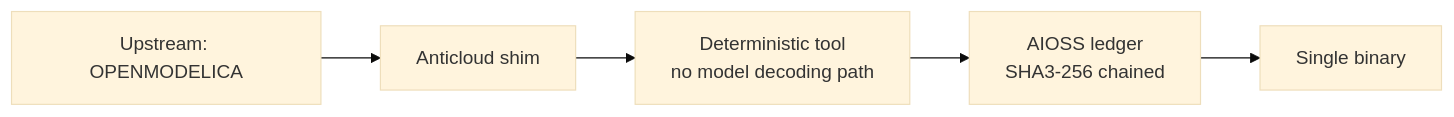
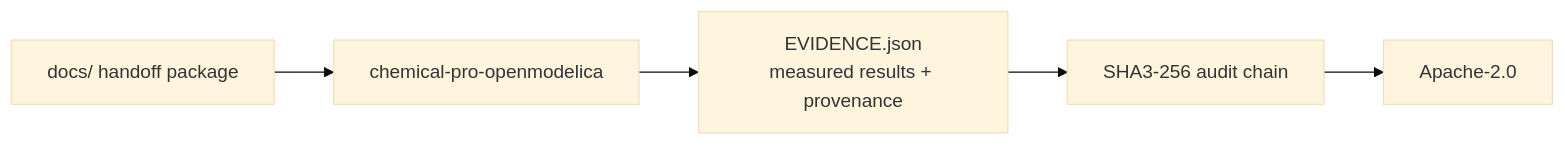
The diagram in README.md (the-anticloud/chemical-pro-openmodelica), drawn with Mermaid (base theme) before and after one commit. The commit also changed other lines of this file and 8 other files, not shown here.

````diff
--- a/README.md
+++ b/README.md
@@ -11,7 +22,7 @@
 ```mermaid
 graph LR
-    U[Upstream: OPENMODELICA] --> S[Anticloud shim]
-    S --> T[Deterministic tool<br/>no model decoding path]
-    T --> A[AIOSS ledger<br/>SHA3-256 chained]
-    A --> B[Single binary]
+    D[docs/ handoff package] --> R[chemical-pro-openmodelica]
+    R --> E[EVIDENCE.json\nmeasured results + provenance]
+    E --> A[SHA3-256 audit chain]
+    A --> L[Apache-2.0]
 ```
````
